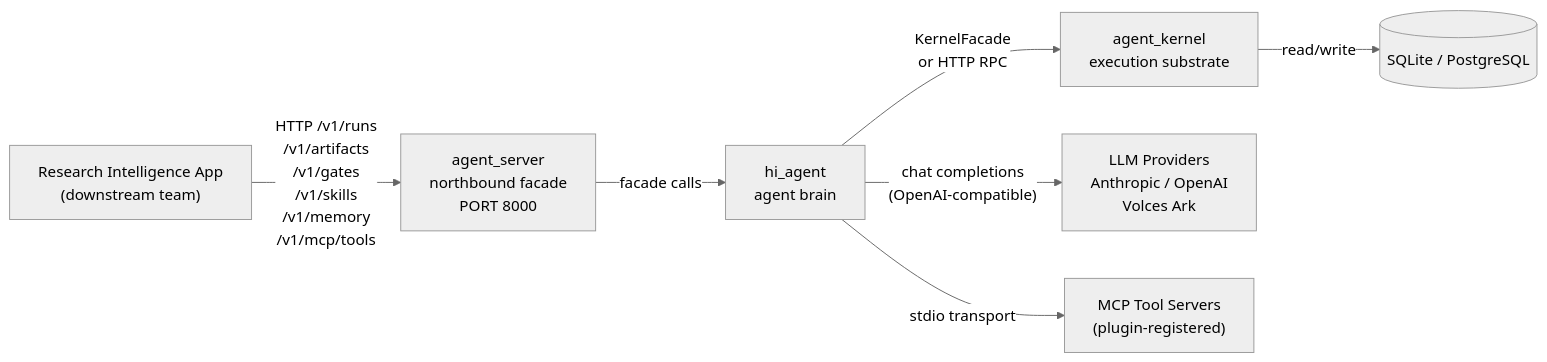
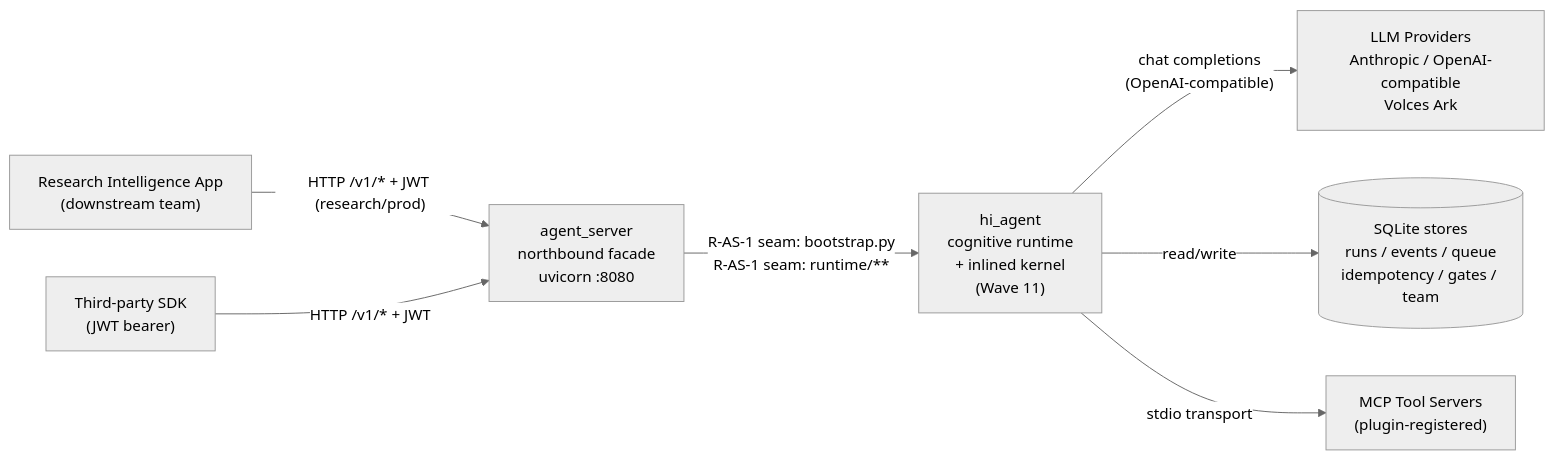
Before and after one commit to chaosxingxc-orion/hi-agent: the first of 4 diagrams in ARCHITECTURE.md, drawn with Mermaid (neutral theme). The commit also changed other lines of this file and 6 other files, not shown here.

````diff
--- a/ARCHITECTURE.md
+++ b/ARCHITECTURE.md
@@ -51,17 +60,17 @@
 ```mermaid
 flowchart LR
-    DS["Research Intelligence App\n(downstream team)"]
-    AS["agent_server\nnorthbound facade\nPORT 8000"]
-    HA["hi_agent\nagent brain"]
-    AK["agent_kernel\nexecution substrate"]
-    LLM["LLM Providers\nAnthropic / OpenAI\nVolces Ark"]
-    DB[(SQLite / PostgreSQL)]
-    MCP["MCP Tool Servers\n(plugin-registered)"]
+    DS["Research Intelligence App<br/>(downstream team)"]
+    SDK["Third-party SDK<br/>(JWT bearer)"]
+    AS["agent_server<br/>northbound facade<br/>uvicorn :8080"]
+    HA["hi_agent<br/>cognitive runtime<br/>+ inlined kernel<br/>(Wave 11)"]
+    LLM["LLM Providers<br/>Anthropic / OpenAI-compatible<br/>Volces Ark"]
+    DB[(SQLite stores<br/>runs / events / queue<br/>idempotency / gates / team)]
+    MCP["MCP Tool Servers<br/>(plugin-registered)"]
 
-    DS -->|"HTTP /v1/runs\n/v1/artifacts\n/v1/gates\n/v1/skills\n/v1/memory\n/v1/mcp/tools"| AS
-    AS -->|facade calls| HA
-    HA -->|KernelFacade\nor HTTP RPC| AK
-    HA -->|"chat completions\n(OpenAI-compatible)"| LLM
-    AK -->|read/write| DB
+    DS -->|"HTTP /v1/* + JWT (research/prod)"| AS
+    SDK -->|"HTTP /v1/* + JWT"| AS
+    AS -->|"R-AS-1 seam: bootstrap.py<br/>R-AS-1 seam: runtime/**"| HA
+    HA -->|"chat completions<br/>(OpenAI-compatible)"| LLM
+    HA -->|read/write| DB
     HA -->|stdio transport| MCP
 ```
````
